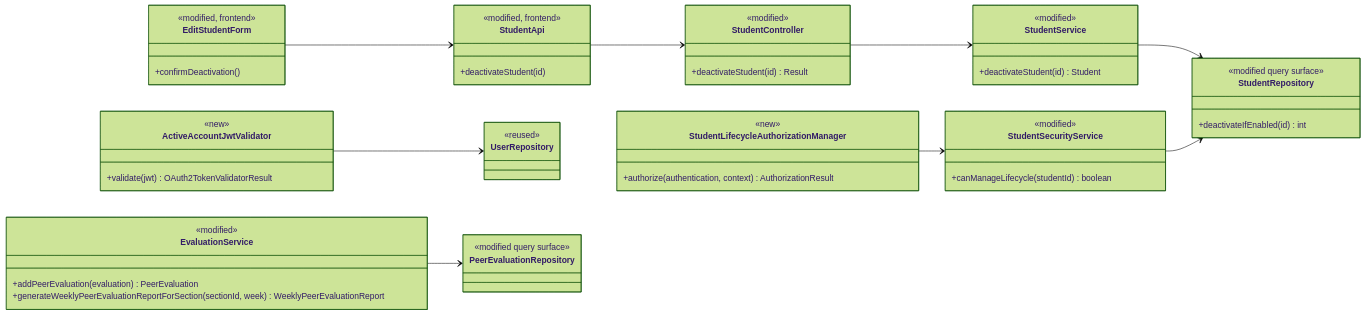
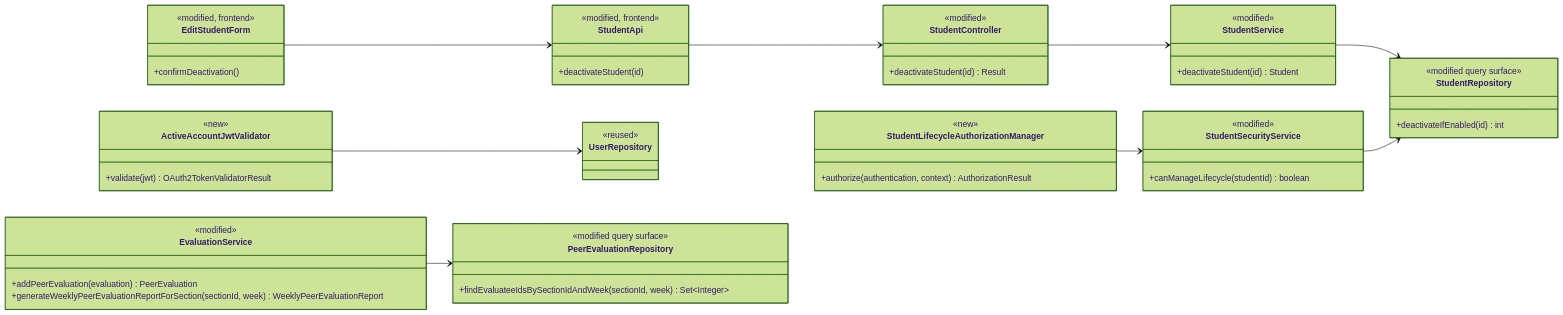
One commit to SpencerScherger/add-a-use-case changed the first of 3 diagrams in docs/design/stu.md. Above: the diagram before and after it, drawn with Mermaid (forest theme). The commit also changed other lines of this file, not shown here.

````diff
--- a/docs/design/stu.md
+++ b/docs/design/stu.md
@@ -16,56 +16,57 @@
 ```mermaid
 classDiagram
     direction LR
     class EditStudentForm {
         <<modified, frontend>>
         +confirmDeactivation()
     }
     class StudentApi {
         <<modified, frontend>>
         +deactivateStudent(id)
     }
     class StudentController {
         <<modified>>
         +deactivateStudent(id) Result
     }
     class StudentService {
         <<modified>>
         +deactivateStudent(id) Student
     }
     class StudentLifecycleAuthorizationManager {
         <<new>>
         +authorize(authentication, context) AuthorizationResult
     }
     class StudentSecurityService {
         <<modified>>
         +canManageLifecycle(studentId) boolean
     }
     class ActiveAccountJwtValidator {
         <<new>>
         +validate(jwt) OAuth2TokenValidatorResult
     }
     class EvaluationService {
         <<modified>>
         +addPeerEvaluation(evaluation) PeerEvaluation
         +generateWeeklyPeerEvaluationReportForSection(sectionId, week) WeeklyPeerEvaluationReport
     }
     class StudentRepository {
         <<modified query surface>>
         +deactivateIfEnabled(id) int
     }
     class UserRepository {
         <<reused>>
     }
     class PeerEvaluationRepository {
         <<modified query surface>>
+        +findEvaluateeIdsBySectionIdAndWeek(sectionId, week) Set~Integer~
     }
 
     EditStudentForm --> StudentApi
     StudentApi --> StudentController
     StudentController --> StudentService
     StudentService --> StudentRepository
     StudentLifecycleAuthorizationManager --> StudentSecurityService
     StudentSecurityService --> StudentRepository
     ActiveAccountJwtValidator --> UserRepository
     EvaluationService --> PeerEvaluationRepository
 ```
````
